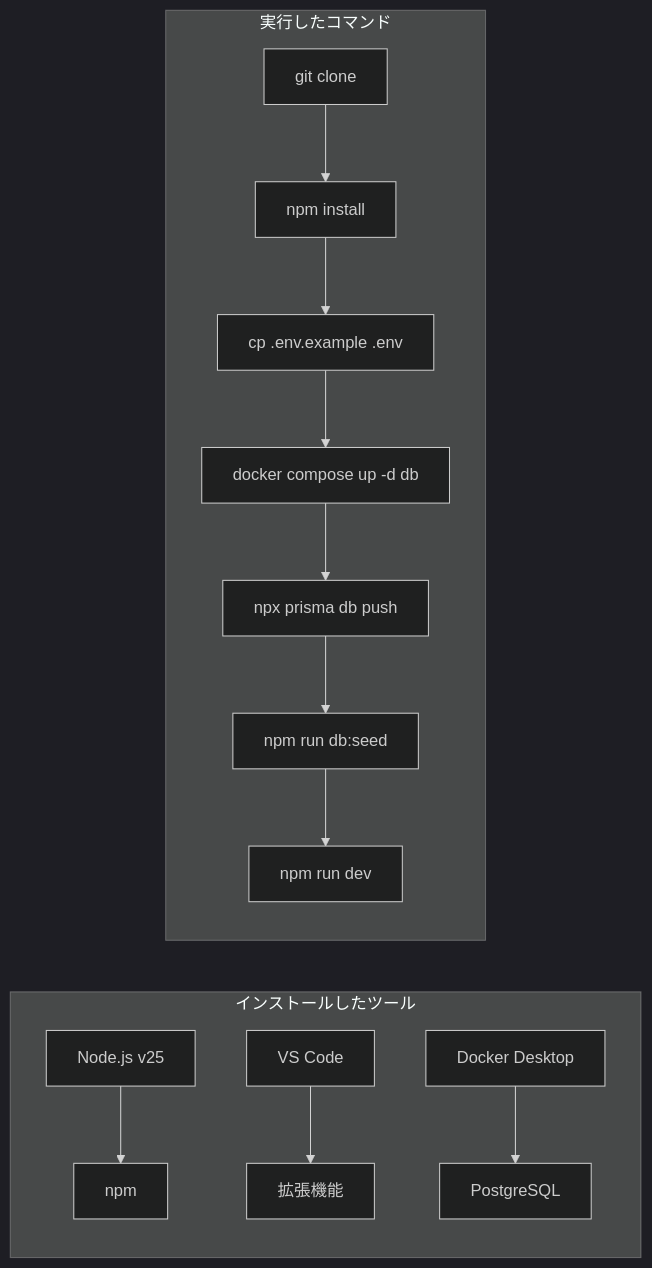
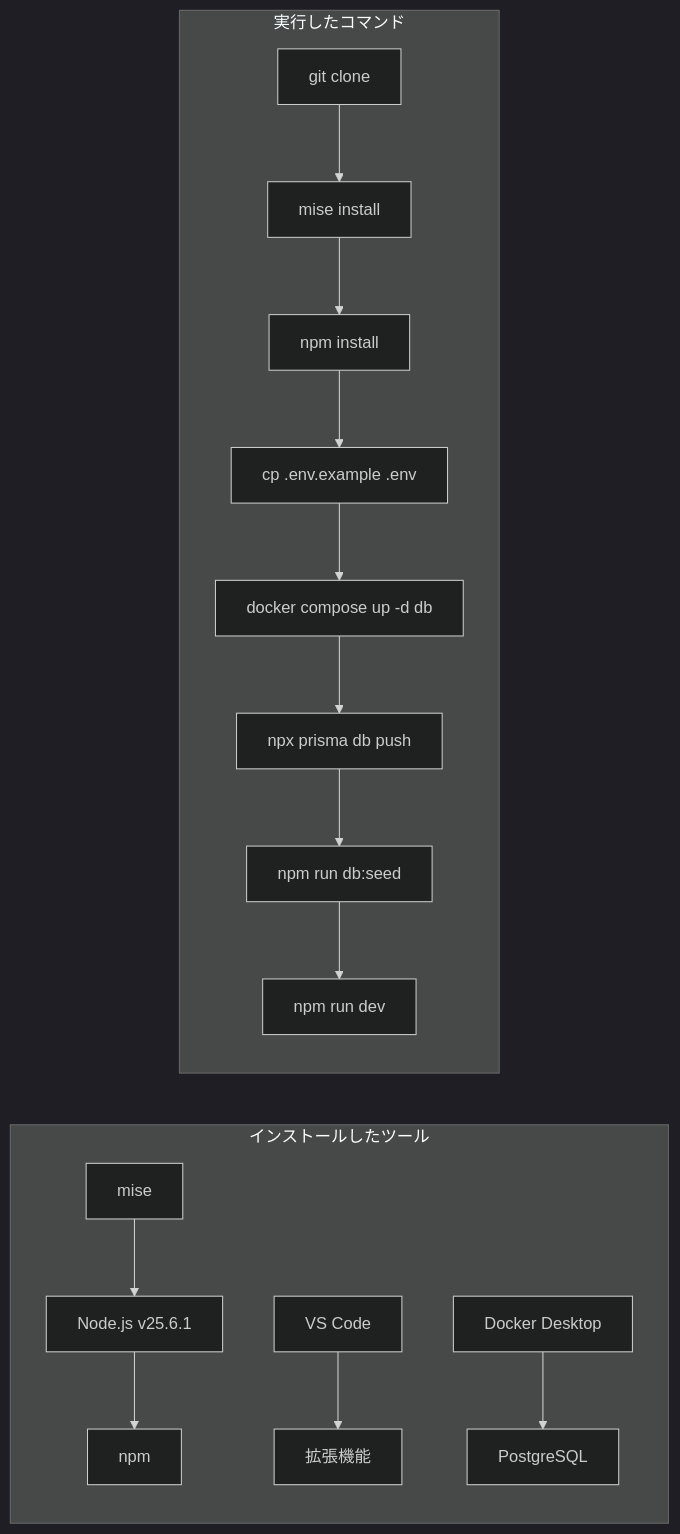
Before and after one commit to kouiso/task-app: the second of 2 diagrams in material/30days-curriculum/day01_開発環境を整えて、初めてのアプリを動かそう.md, drawn with Mermaid (dark theme). The commit also changed other lines of this file and 5 other files, not shown here.

````diff
--- a/material/30days-curriculum/day01_開発環境を整えて、初めてのアプリを動かそう.md
+++ b/material/30days-curriculum/day01_開発環境を整えて、初めてのアプリを動かそう.md
@@ -623,17 +690,19 @@
 ```mermaid
 flowchart LR
     subgraph インストールしたツール
-        A[Node.js v25] --> B[npm]
+        Z[mise] --> A[Node.js v25.6.1]
+        A --> B[npm]
         C[VS Code] --> D[拡張機能]
         E[Docker Desktop] --> F[PostgreSQL]
     end
 
     subgraph 実行したコマンド
-        G[git clone] --> H[npm install]
+        G[git clone] --> G2[mise install]
+        G2 --> H[npm install]
         H --> I[cp .env.example .env]
         I --> J[docker compose up -d db]
         J --> K[npx prisma db push]
         K --> L[npm run db:seed]
         L --> M[npm run dev]
     end
 ```
````
